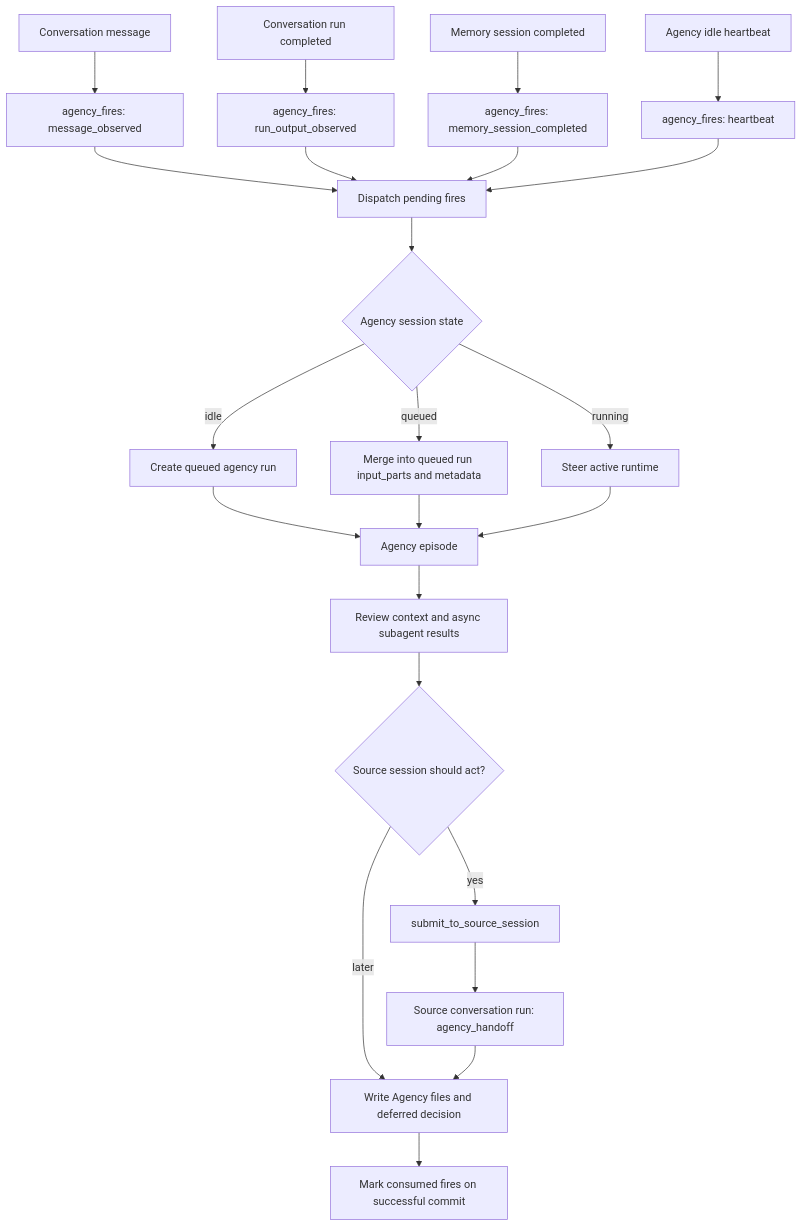
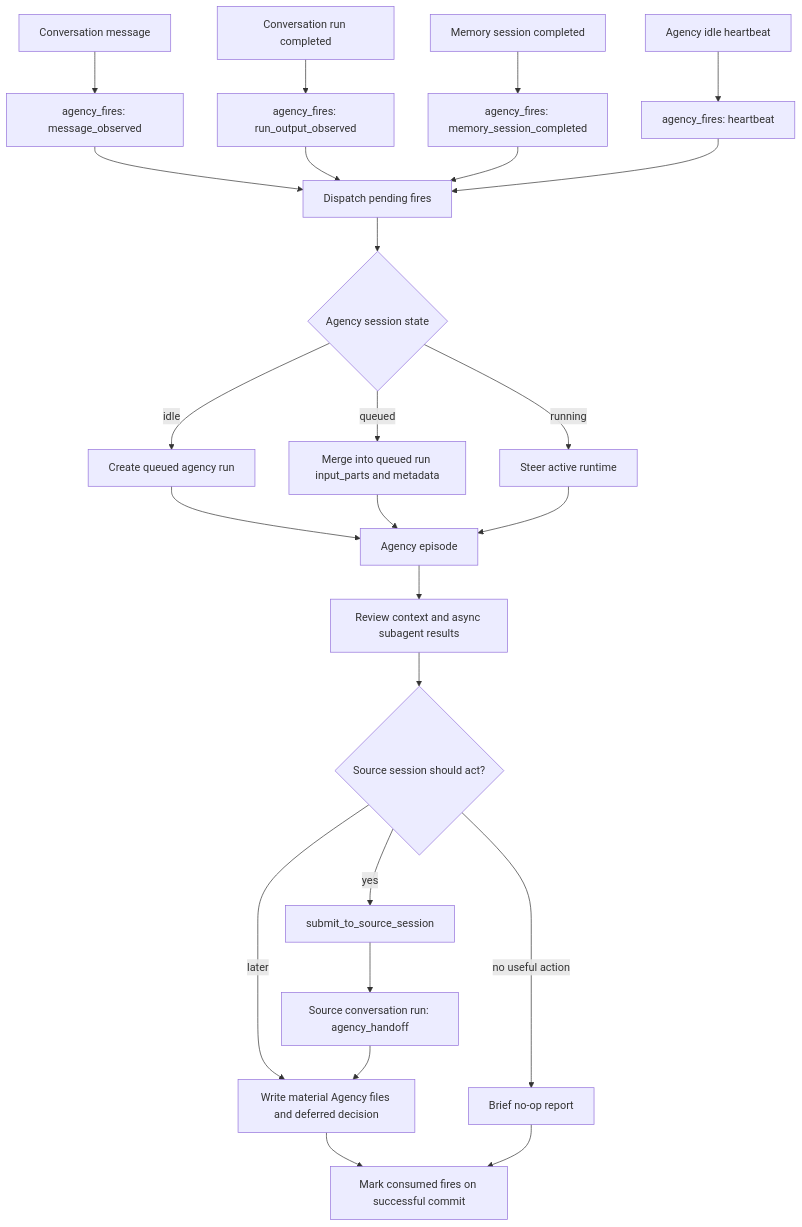
The diagram in packages/ya-claw/spec/11-session-agency.md (Alexsu26/ya-mono), drawn with Mermaid before and after one commit. The commit also changed other lines of this file and 4 other files, not shown here.

First line of the commit message:
feat(ya-claw): add agency material write policy (#255)

````diff
--- a/packages/ya-claw/spec/11-session-agency.md
+++ b/packages/ya-claw/spec/11-session-agency.md
@@ -44,25 +45,27 @@
 ```mermaid
 flowchart TD
     MSG[Conversation message] --> MF[agency_fires: message_observed]
     OUT[Conversation run completed] --> OF[agency_fires: run_output_observed]
     MEM[Memory session completed] --> FF[agency_fires: memory_session_completed]
     HB[Agency idle heartbeat] --> HF[agency_fires: heartbeat]
     MF --> P[Dispatch pending fires]
     OF --> P
     FF --> P
     HF --> P
     P --> S{Agency session state}
     S -->|idle| R[Create queued agency run]
     S -->|queued| Q[Merge into queued run input_parts and metadata]
     S -->|running| T[Steer active runtime]
     R --> A[Agency episode]
     Q --> A
     T --> A
     A --> REVIEW[Review context and async subagent results]
     REVIEW --> H{Source session should act?}
     H -->|yes| SUB[submit_to_source_session]
     SUB --> SRC[Source conversation run: agency_handoff]
-    H -->|later| LOG[Write Agency files and deferred decision]
+    H -->|later| LOG[Write material Agency files and deferred decision]
+    H -->|no useful action| NOOP[Brief no-op report]
     SRC --> LOG
     LOG --> DONE[Mark consumed fires on successful commit]
+    NOOP --> DONE
 ```
````
